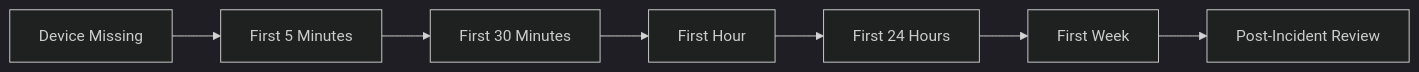
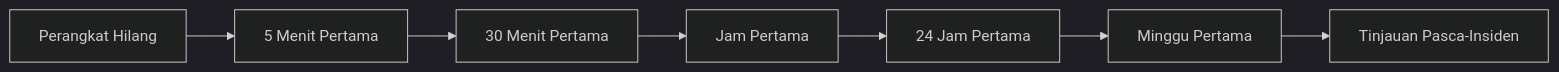
Before and after one commit to antonlepari/handphone-hilang: the diagram in incident-response/README.md, drawn with Mermaid (dark theme). The commit also changed other lines of this file and 21 other files, not shown here.

````diff
--- a/incident-response/README.md
+++ b/incident-response/README.md
@@ -13,9 +13,9 @@
 ```mermaid
 flowchart LR
-    A[Device Missing] --> B[First 5 Minutes]
-    B --> C[First 30 Minutes]
-    C --> D[First Hour]
-    D --> E[First 24 Hours]
-    E --> F[First Week]
-    F --> G[Post-Incident Review]
+    A[Perangkat Hilang] --> B[5 Menit Pertama]
+    B --> C[30 Menit Pertama]
+    C --> D[Jam Pertama]
+    D --> E[24 Jam Pertama]
+    E --> F[Minggu Pertama]
+    F --> G[Tinjauan Pasca-Insiden]
 ```
````
